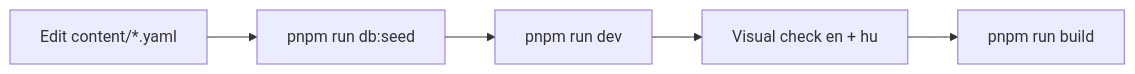
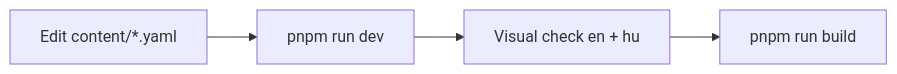
Before and after one commit to 95gabor/cv: the diagram in docs/.ai/workflows/edit-cv-content.md, drawn with Mermaid. The commit also changed other lines of this file and 49 other files, not shown here.

````diff
--- a/docs/.ai/workflows/edit-cv-content.md
+++ b/docs/.ai/workflows/edit-cv-content.md
@@ -14,9 +14,8 @@
 ```mermaid
 flowchart LR
     Edit[Edit content/*.yaml]
-    Seed[pnpm run db:seed]
     Dev[pnpm run dev]
     Check[Visual check en + hu]
     Build[pnpm run build]
-    Edit --> Seed --> Dev --> Check --> Build
+    Edit --> Dev --> Check --> Build
 ```
````
